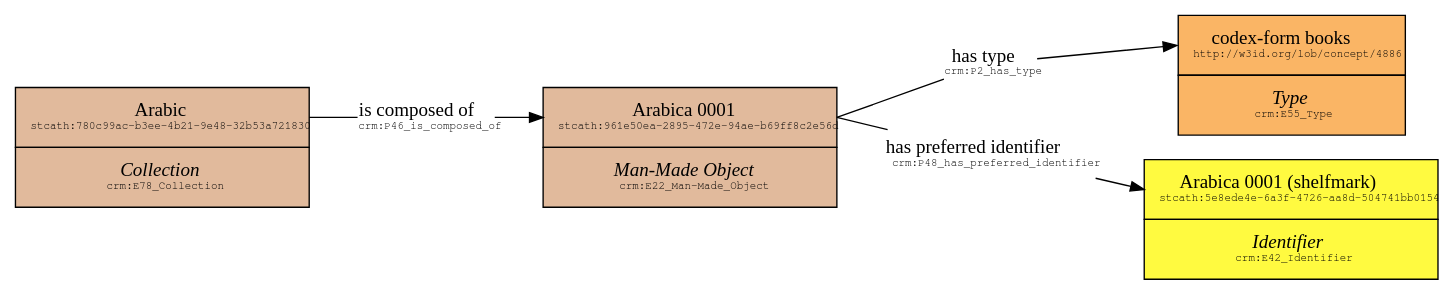
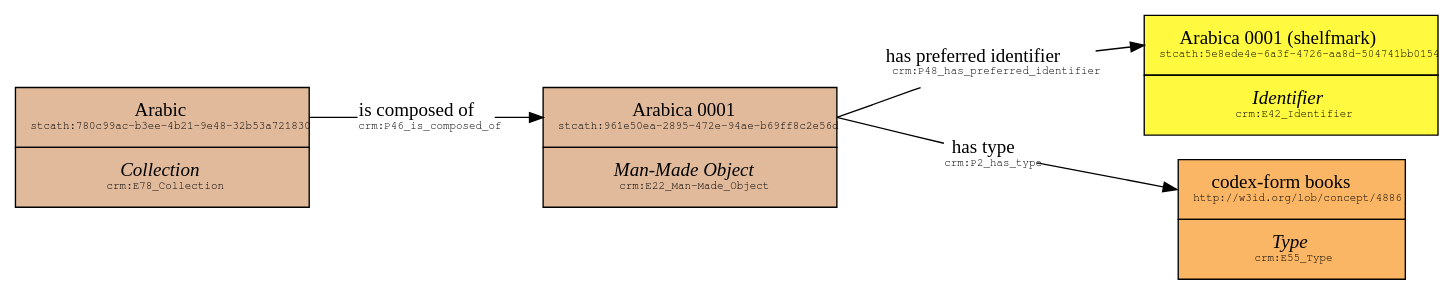
The diagram in mss/mss.gv (natuk/stcathmstransform), drawn with Graphviz before and after one commit. The commit also changed other lines of this file and 10 other files, not shown here.

```diff
--- a/mss/mss.gv
+++ b/mss/mss.gv
@@ -1,18 +1,18 @@
 // MSs
 digraph {
 	rankdir=LR splines=line
 	node [margin=0 penwidth=3.0 shape=none]
+	httpsdataligatusorgukstcatherinesms5e8ede4e6a3f4726aa8d504741bb0154 [label=<<TABLE BORDER="0" CELLBORDER="1" CELLSPACING="0">                <TR><TD PORT="instance" CELLPADDING="10" bgcolor="#fffa40"><FONT FACE="Ubuntu">Arabica 0001 (shelfmark)</FONT><BR /><FONT FACE="FreeMono" POINT-SIZE="8">stcath:5e8ede4e-6a3f-4726-aa8d-504741bb0154</FONT></TD></TR>                <TR><TD PORT="class" CELLPADDING="10" bgcolor="#fffa40"><FONT FACE="Ubuntu"><I>Identifier</I></FONT><BR /><FONT FACE="FreeMono" POINT-SIZE="8">crm:E42_Identifier</FONT></TD></TR>                </TABLE>>]
 	httpw3idorglobconcept4886 [label=<<TABLE BORDER="0" CELLBORDER="1" CELLSPACING="0">                <TR><TD PORT="instance" CELLPADDING="10" bgcolor="#FAB565"><FONT FACE="Ubuntu">codex-form books</FONT><BR /><FONT FACE="FreeMono" POINT-SIZE="8">http://w3id.org/lob/concept/4886</FONT></TD></TR>                <TR><TD PORT="class" CELLPADDING="10" bgcolor="#FAB565"><FONT FACE="Ubuntu"><I>Type</I></FONT><BR /><FONT FACE="FreeMono" POINT-SIZE="8">crm:E55_Type</FONT></TD></TR>                </TABLE>>]
 	httpsdataligatusorgukstcatherinesms780c99acb3ee4b219e4832b53a721830 [label=<<TABLE BORDER="0" CELLBORDER="1" CELLSPACING="0">                <TR><TD PORT="instance" CELLPADDING="10" bgcolor="#E1BA9C"><FONT FACE="Ubuntu">Arabic</FONT><BR /><FONT FACE="FreeMono" POINT-SIZE="8">stcath:780c99ac-b3ee-4b21-9e48-32b53a721830</FONT></TD></TR>                <TR><TD PORT="class" CELLPADDING="10" bgcolor="#E1BA9C"><FONT FACE="Ubuntu"><I>Collection</I></FONT><BR /><FONT FACE="FreeMono" POINT-SIZE="8">crm:E78_Collection</FONT></TD></TR>                </TABLE>>]
 	httpsdataligatusorgukstcatherinesms961e50ea2895472e94aeb69ff8c2e56d [label=<<TABLE BORDER="0" CELLBORDER="1" CELLSPACING="0">                <TR><TD PORT="instance" CELLPADDING="10" bgcolor="#E1BA9C"><FONT FACE="Ubuntu">Arabica 0001</FONT><BR /><FONT FACE="FreeMono" POINT-SIZE="8">stcath:961e50ea-2895-472e-94ae-b69ff8c2e56d</FONT></TD></TR>                <TR><TD PORT="class" CELLPADDING="10" bgcolor="#E1BA9C"><FONT FACE="Ubuntu"><I>Man-Made Object</I></FONT><BR /><FONT FACE="FreeMono" POINT-SIZE="8">crm:E22_Man-Made_Object</FONT></TD></TR>                </TABLE>>]
-	httpsdataligatusorgukstcatherinesms5e8ede4e6a3f4726aa8d504741bb0154 [label=<<TABLE BORDER="0" CELLBORDER="1" CELLSPACING="0">                <TR><TD PORT="instance" CELLPADDING="10" bgcolor="#fffa40"><FONT FACE="Ubuntu">Arabica 0001 (shelfmark)</FONT><BR /><FONT FACE="FreeMono" POINT-SIZE="8">stcath:5e8ede4e-6a3f-4726-aa8d-504741bb0154</FONT></TD></TR>                <TR><TD PORT="class" CELLPADDING="10" bgcolor="#fffa40"><FONT FACE="Ubuntu"><I>Identifier</I></FONT><BR /><FONT FACE="FreeMono" POINT-SIZE="8">crm:E42_Identifier</FONT></TD></TR>                </TABLE>>]
+	httpwwwcidoccrmorgcidoccrmP48_has_preferred_identifier [label=<<FONT FACE="Ubuntu">has preferred identifier</FONT><BR /><FONT FACE="FreeMono" POINT-SIZE="8">crm:P48_has_preferred_identifier</FONT>>]
+	httpsdataligatusorgukstcatherinesms961e50ea2895472e94aeb69ff8c2e56d:instance -> httpwwwcidoccrmorgcidoccrmP48_has_preferred_identifier [arrowhead=none]
+	httpwwwcidoccrmorgcidoccrmP48_has_preferred_identifier -> httpsdataligatusorgukstcatherinesms5e8ede4e6a3f4726aa8d504741bb0154:instance
 	httpwwwcidoccrmorgcidoccrmP2_has_type [label=<<FONT FACE="Ubuntu">has type</FONT><BR /><FONT FACE="FreeMono" POINT-SIZE="8">crm:P2_has_type</FONT>>]
 	httpsdataligatusorgukstcatherinesms961e50ea2895472e94aeb69ff8c2e56d:instance -> httpwwwcidoccrmorgcidoccrmP2_has_type [arrowhead=none]
 	httpwwwcidoccrmorgcidoccrmP2_has_type -> httpw3idorglobconcept4886:instance
 	httpwwwcidoccrmorgcidoccrmP46_is_composed_of [label=<<FONT FACE="Ubuntu">is composed of</FONT><BR /><FONT FACE="FreeMono" POINT-SIZE="8">crm:P46_is_composed_of</FONT>>]
 	httpsdataligatusorgukstcatherinesms780c99acb3ee4b219e4832b53a721830:instance -> httpwwwcidoccrmorgcidoccrmP46_is_composed_of [arrowhead=none]
 	httpwwwcidoccrmorgcidoccrmP46_is_composed_of -> httpsdataligatusorgukstcatherinesms961e50ea2895472e94aeb69ff8c2e56d:instance
-	httpwwwcidoccrmorgcidoccrmP48_has_preferred_identifier [label=<<FONT FACE="Ubuntu">has preferred identifier</FONT><BR /><FONT FACE="FreeMono" POINT-SIZE="8">crm:P48_has_preferred_identifier</FONT>>]
-	httpsdataligatusorgukstcatherinesms961e50ea2895472e94aeb69ff8c2e56d:instance -> httpwwwcidoccrmorgcidoccrmP48_has_preferred_identifier [arrowhead=none]
-	httpwwwcidoccrmorgcidoccrmP48_has_preferred_identifier -> httpsdataligatusorgukstcatherinesms5e8ede4e6a3f4726aa8d504741bb0154:instance
 }
```
